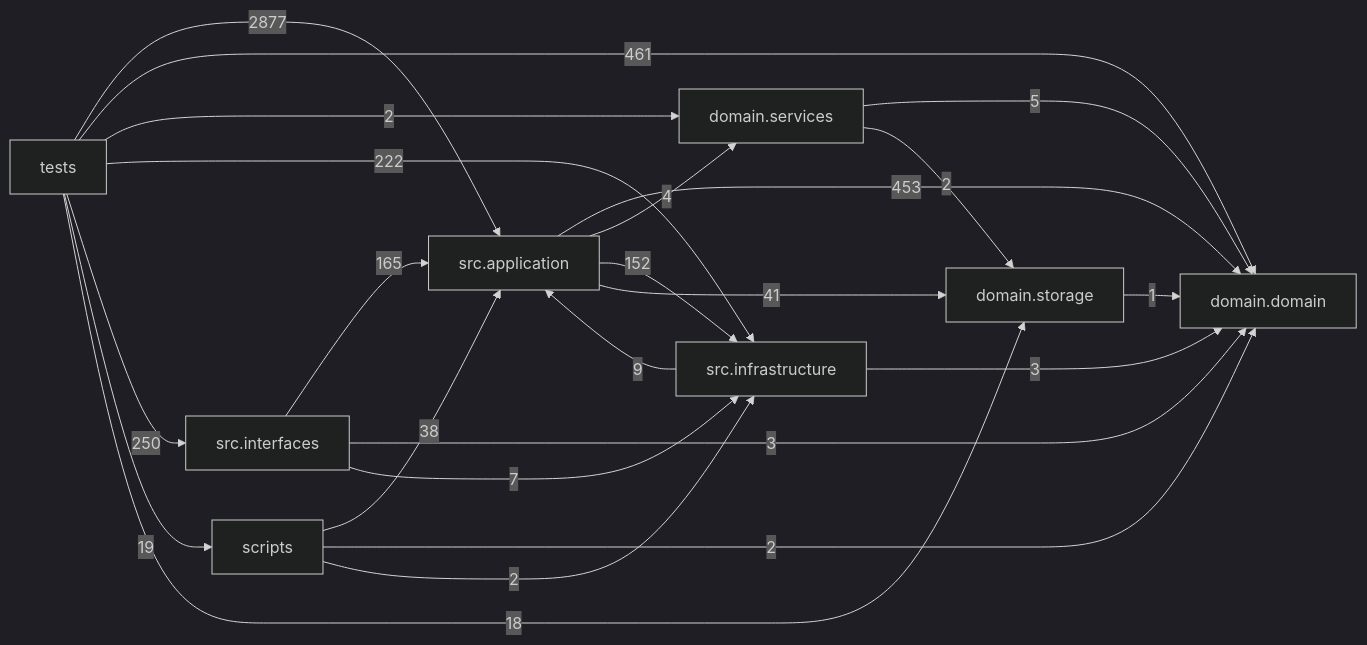
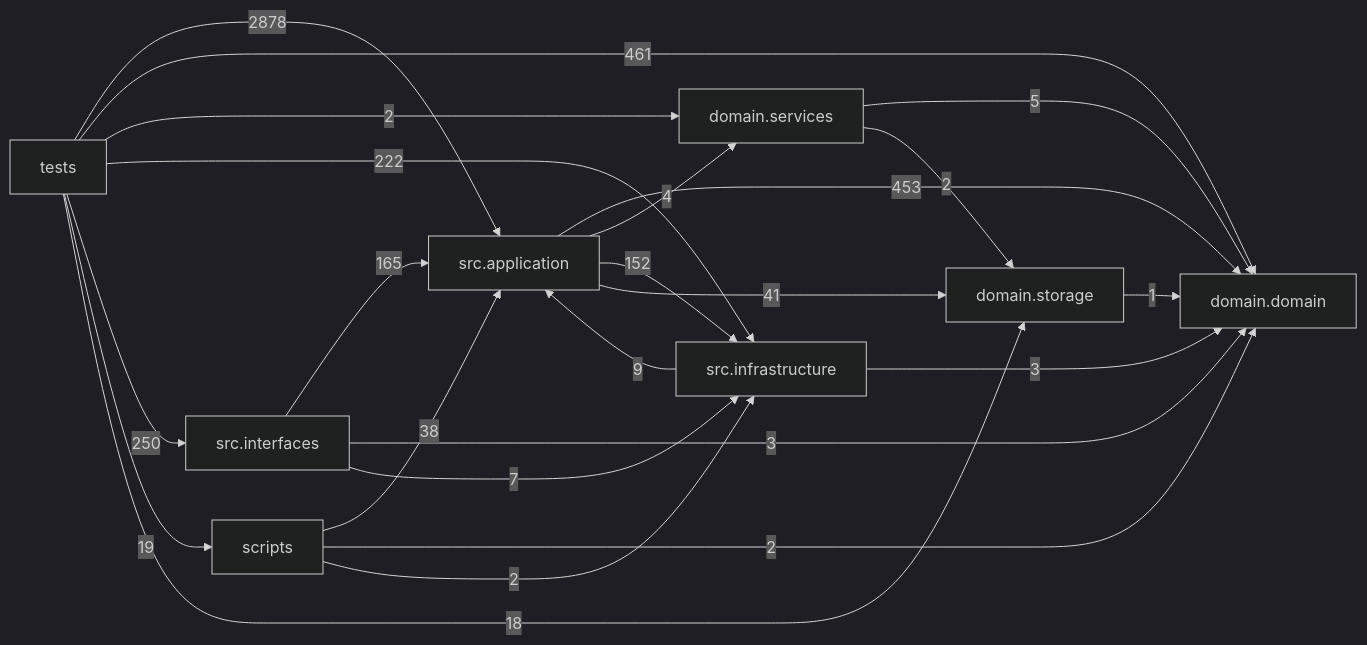
One commit to liuxie066/options-monitor changed the diagram in docs/DEPENDENCY_GRAPH.md. Above: the diagram before and after it, drawn with Mermaid (dark theme). The commit also changed other lines of this file and 10 other files, not shown here.

````diff
--- a/docs/DEPENDENCY_GRAPH.md
+++ b/docs/DEPENDENCY_GRAPH.md
@@ -24,33 +24,33 @@
 ```mermaid
 flowchart LR
   tests["tests"]
   scripts["scripts"]
   interfaces["src.interfaces"]
   application["src.application"]
   infrastructure["src.infrastructure"]
   domain_services["domain.services"]
   domain["domain.domain"]
   storage["domain.storage"]
   application -->|453| domain
   application -->|4| domain_services
   application -->|152| infrastructure
   application -->|41| storage
   domain_services -->|5| domain
   domain_services -->|2| storage
   infrastructure -->|9| application
   infrastructure -->|3| domain
   interfaces -->|165| application
   interfaces -->|3| domain
   interfaces -->|7| infrastructure
   scripts -->|38| application
   scripts -->|2| domain
   scripts -->|2| infrastructure
   storage -->|1| domain
-  tests -->|2877| application
+  tests -->|2878| application
   tests -->|461| domain
   tests -->|2| domain_services
   tests -->|222| infrastructure
   tests -->|250| interfaces
   tests -->|19| scripts
   tests -->|18| storage
 ```
````
